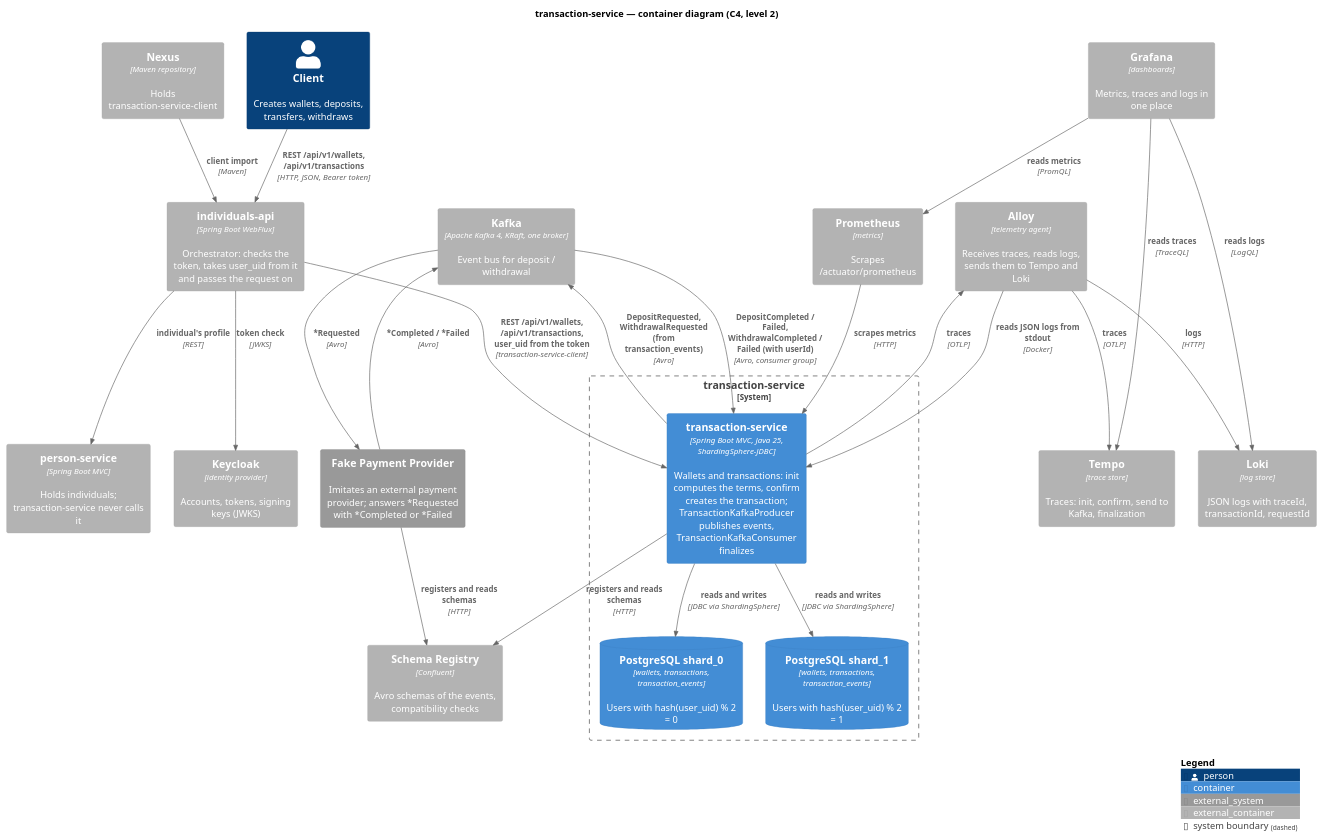
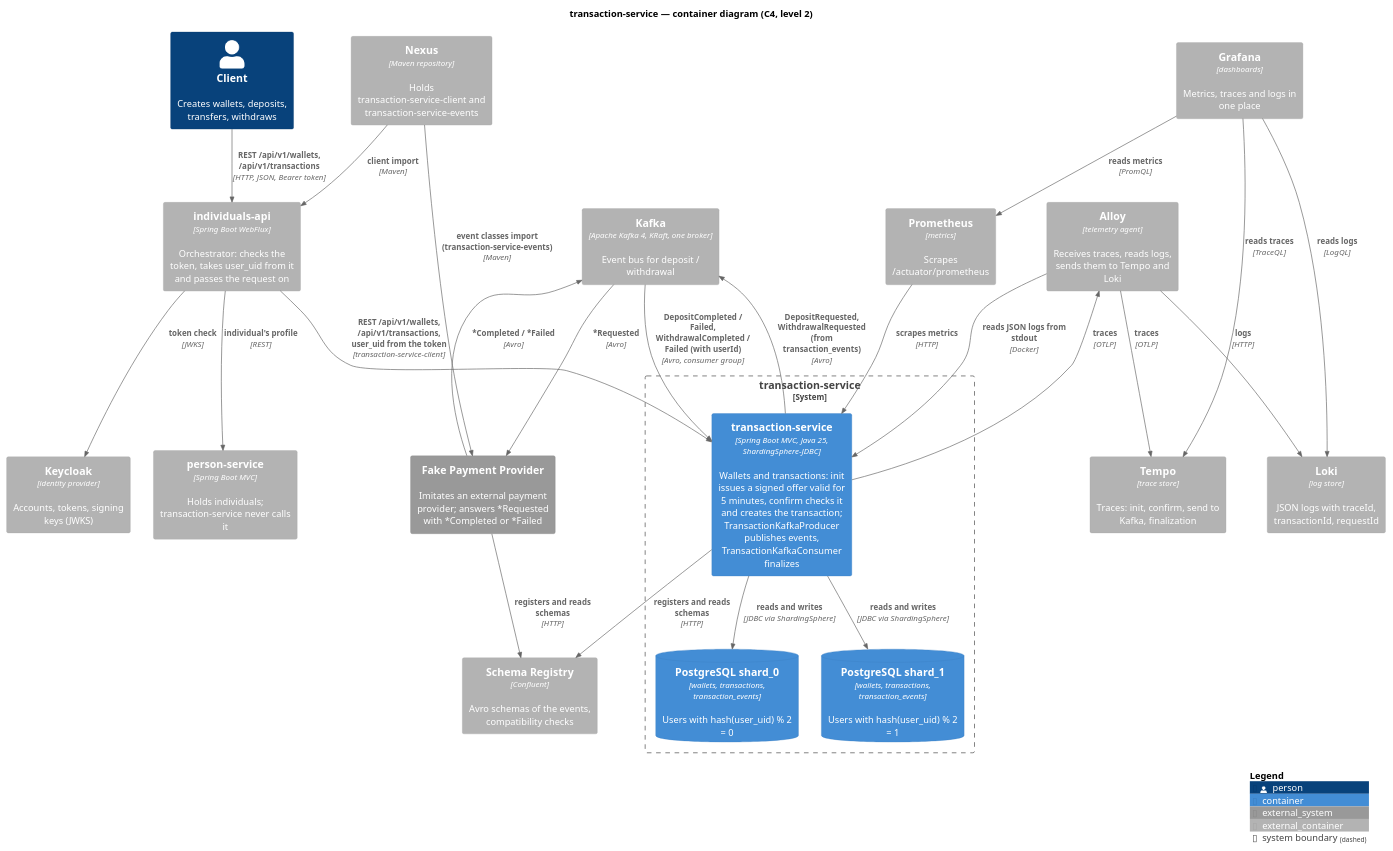
The diagram in transaction-service/diagrams-c4/uml/en/container.puml (dezxxx/payment-platform), drawn with PlantUML before and after one commit. The commit also changed 101 other files, not shown here.

First line of the commit message:
feat: link transaction init and confirm with a signed offer token

```diff
--- a/transaction-service/diagrams-c4/uml/en/container.puml
+++ b/transaction-service/diagrams-c4/uml/en/container.puml
@@ -1,52 +1,53 @@
 @startuml container
 !include <C4/C4_Container>
 
 title transaction-service — container diagram (C4, level 2)
 
 Person(client, "Client", "Creates wallets, deposits, transfers, withdraws")
 
 Container_Ext(individualsApi, "individuals-api", "Spring Boot WebFlux", "Orchestrator: checks the token, takes user_uid from it and passes the request on")
 Container_Ext(keycloak, "Keycloak", "identity provider", "Accounts, tokens, signing keys (JWKS)")
 Container_Ext(personService, "person-service", "Spring Boot MVC", "Holds individuals; transaction-service never calls it")
 
 System_Boundary(ts, "transaction-service") {
-    Container(app, "transaction-service", "Spring Boot MVC, Java 25, ShardingSphere-JDBC", "Wallets and transactions: init computes the terms, confirm creates the transaction; TransactionKafkaProducer publishes events, TransactionKafkaConsumer finalizes")
+    Container(app, "transaction-service", "Spring Boot MVC, Java 25, ShardingSphere-JDBC", "Wallets and transactions: init issues a signed offer valid for 5 minutes, confirm checks it and creates the transaction; TransactionKafkaProducer publishes events, TransactionKafkaConsumer finalizes")
     ContainerDb(shard0, "PostgreSQL shard_0", "wallets, transactions, transaction_events", "Users with hash(user_uid) % 2 = 0")
     ContainerDb(shard1, "PostgreSQL shard_1", "wallets, transactions, transaction_events", "Users with hash(user_uid) % 2 = 1")
 }
 
 Container_Ext(kafka, "Kafka", "Apache Kafka 4, KRaft, one broker", "Event bus for deposit / withdrawal")
 Container_Ext(schemaRegistry, "Schema Registry", "Confluent", "Avro schemas of the events, compatibility checks")
 System_Ext(provider, "Fake Payment Provider", "Imitates an external payment provider; answers *Requested with *Completed or *Failed")
 
-Container_Ext(nexus, "Nexus", "Maven repository", "Holds transaction-service-client")
+Container_Ext(nexus, "Nexus", "Maven repository", "Holds transaction-service-client and transaction-service-events")
 Container_Ext(prometheus, "Prometheus", "metrics", "Scrapes /actuator/prometheus")
 Container_Ext(alloy, "Alloy", "telemetry agent", "Receives traces, reads logs, sends them to Tempo and Loki")
 Container_Ext(tempo, "Tempo", "trace store", "Traces: init, confirm, send to Kafka, finalization")
 Container_Ext(loki, "Loki", "log store", "JSON logs with traceId, transactionId, requestId")
 Container_Ext(grafana, "Grafana", "dashboards", "Metrics, traces and logs in one place")
 
 Rel(client, individualsApi, "REST /api/v1/wallets, /api/v1/transactions", "HTTP, JSON, Bearer token")
 Rel(individualsApi, keycloak, "token check", "JWKS")
 Rel(individualsApi, personService, "individual's profile", "REST")
 Rel(individualsApi, app, "REST /api/v1/wallets, /api/v1/transactions, user_uid from the token", "transaction-service-client")
 Rel(app, shard0, "reads and writes", "JDBC via ShardingSphere")
 Rel(app, shard1, "reads and writes", "JDBC via ShardingSphere")
 Rel(app, kafka, "DepositRequested, WithdrawalRequested (from transaction_events)", "Avro")
 Rel(kafka, app, "DepositCompleted / Failed, WithdrawalCompleted / Failed (with userId)", "Avro, consumer group")
 Rel(kafka, provider, "*Requested", "Avro")
 Rel(provider, kafka, "*Completed / *Failed", "Avro")
 Rel(app, schemaRegistry, "registers and reads schemas", "HTTP")
 Rel(provider, schemaRegistry, "registers and reads schemas", "HTTP")
 Rel(nexus, individualsApi, "client import", "Maven")
+Rel(nexus, provider, "event classes import (transaction-service-events)", "Maven")
 Rel(prometheus, app, "scrapes metrics", "HTTP")
 Rel(app, alloy, "traces", "OTLP")
 Rel(alloy, app, "reads JSON logs from stdout", "Docker")
 Rel(alloy, tempo, "traces", "OTLP")
 Rel(alloy, loki, "logs", "HTTP")
 Rel(grafana, prometheus, "reads metrics", "PromQL")
 Rel(grafana, tempo, "reads traces", "TraceQL")
 Rel(grafana, loki, "reads logs", "LogQL")
 
 SHOW_LEGEND()
 @enduml
```
